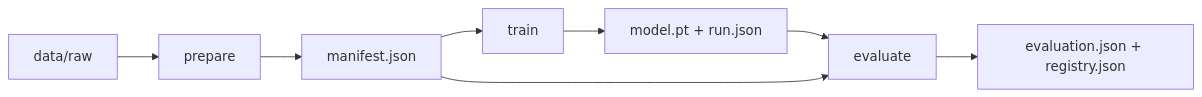
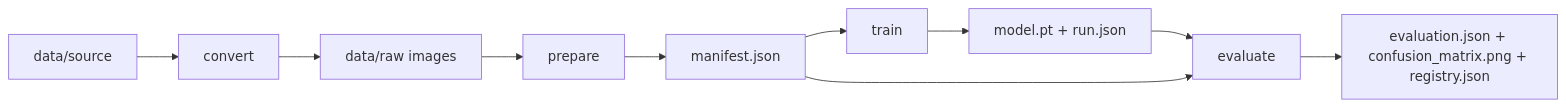
The second of 2 diagrams in docs/ARCHITECTURE.md (LunaGrandjean/ml-ops-project), drawn with Mermaid before and after one commit. The commit also changed other lines of this file and 23 other files, not shown here.

````diff
--- a/docs/ARCHITECTURE.md
+++ b/docs/ARCHITECTURE.md
@@ -25,10 +25,12 @@
 ```mermaid
 flowchart LR
-    RAW[data/raw] --> PREPARE[prepare]
+    SRC[data/source] --> CONVERT[convert]
+    CONVERT --> RAW[data/raw images]
+    RAW --> PREPARE[prepare]
     PREPARE --> MANIFEST[manifest.json]
     MANIFEST --> TRAIN[train]
     TRAIN --> MODEL[model.pt + run.json]
     MODEL --> EVALUATE[evaluate]
     MANIFEST --> EVALUATE
-    EVALUATE --> REPORT[evaluation.json + registry.json]
+    EVALUATE --> REPORT[evaluation.json + confusion_matrix.png + registry.json]
 ```
````
